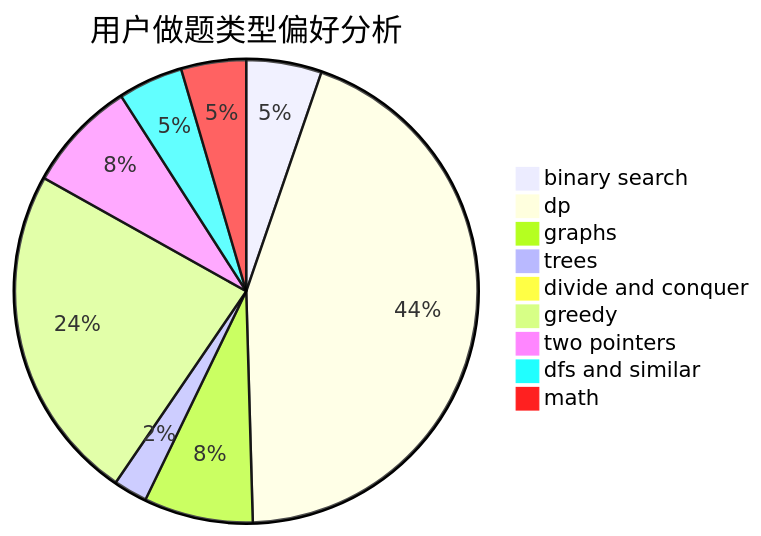
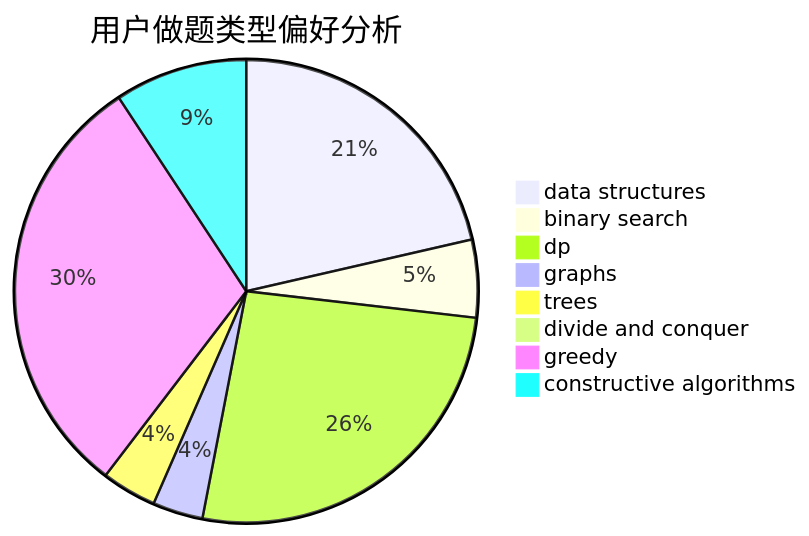
The second of 3 diagrams in docs/user/u1485.md (sherpahu/cfrs.github.io), drawn with Mermaid before and after one commit. The commit also changed other lines of this file and 2775 other files, not shown here.

````diff
--- a/docs/user/u1485.md
+++ b/docs/user/u1485.md
@@ -23,12 +23,11 @@
 ```mermaid
 pie title 用户做题类型偏好分析
-    "binary search" :  29
-    "dp" :  244
-    "graphs" :  42
-    "trees" :  13
+    "data structures" :  67
+    "binary search" :  17
+    "dp" :  82
+    "graphs" :  11
+    "trees" :  12
     "divide and conquer" :  0
-    "greedy" :  130
-    "two pointers" :  43
-    "dfs and similar" :  25
-    "math" :  25
+    "greedy" :  95
+    "constructive algorithms" :  29
 ```
````
